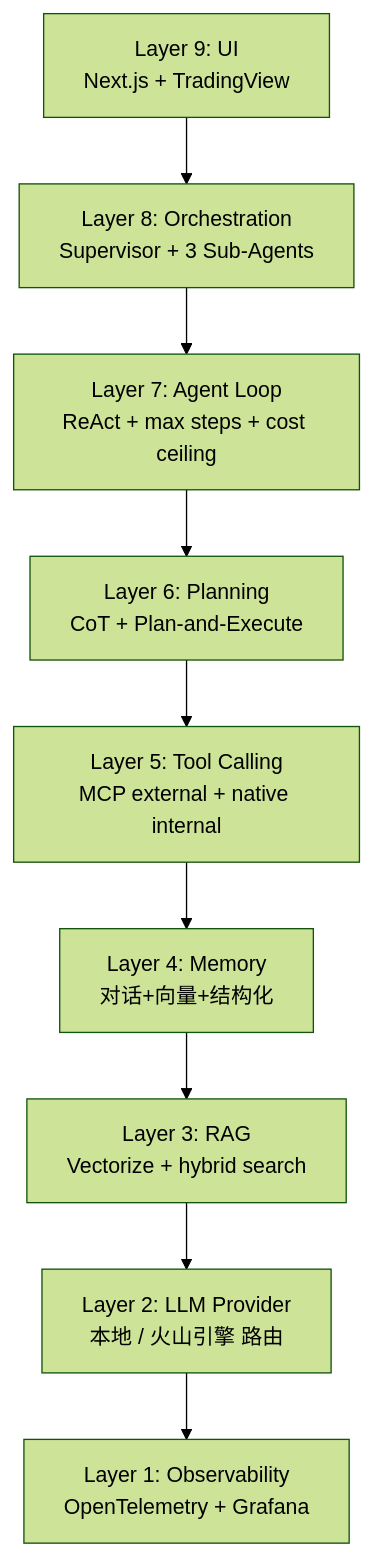
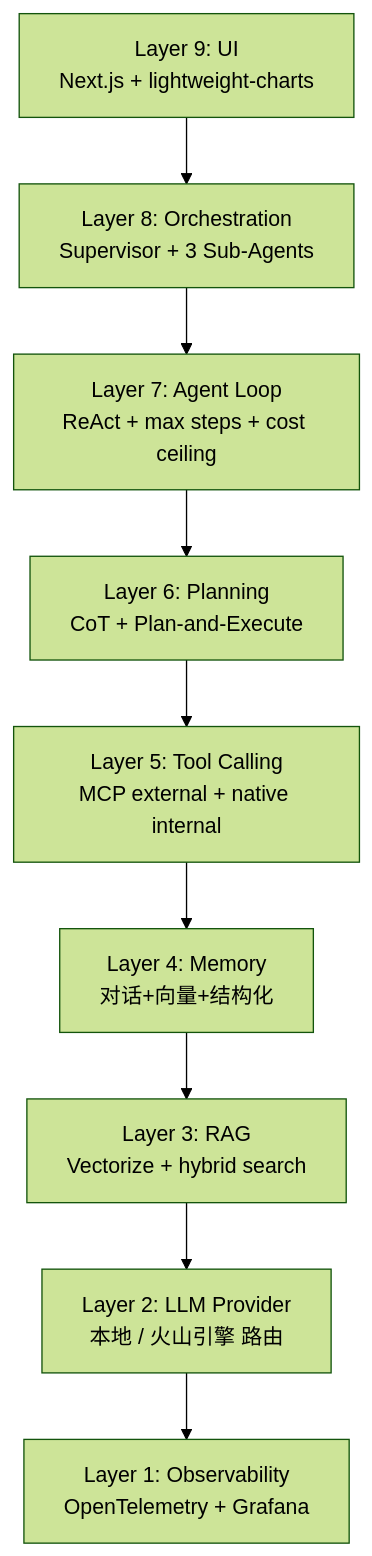
One commit to ZedeX/nova-invest changed the second of 6 diagrams in docs/architecture/architecture.md. Above: the diagram before and after it, drawn with Mermaid (forest theme). The commit also changed other lines of this file and 9 other files, not shown here.

First line of the commit message:
docs: fix 5 cross-epic conflicts identified by architecture-review

````diff
--- a/docs/architecture/architecture.md
+++ b/docs/architecture/architecture.md
@@ -78,12 +78,12 @@
 ```mermaid
 flowchart TB
-    L9[Layer 9: UI<br/>Next.js + TradingView] --> L8
+    L9[Layer 9: UI<br/>Next.js + lightweight-charts] --> L8
     L8[Layer 8: Orchestration<br/>Supervisor + 3 Sub-Agents] --> L7
     L7[Layer 7: Agent Loop<br/>ReAct + max steps + cost ceiling] --> L6
     L6[Layer 6: Planning<br/>CoT + Plan-and-Execute] --> L5
     L5[Layer 5: Tool Calling<br/>MCP external + native internal] --> L4
     L4[Layer 4: Memory<br/>对话+向量+结构化] --> L3
     L3[Layer 3: RAG<br/>Vectorize + hybrid search] --> L2
     L2[Layer 2: LLM Provider<br/>本地 / 火山引擎 路由] --> L1
     L1[Layer 1: Observability<br/>OpenTelemetry + Grafana]
 ```
````
